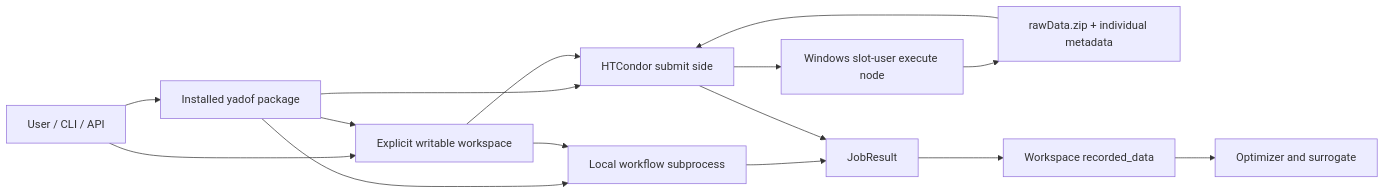
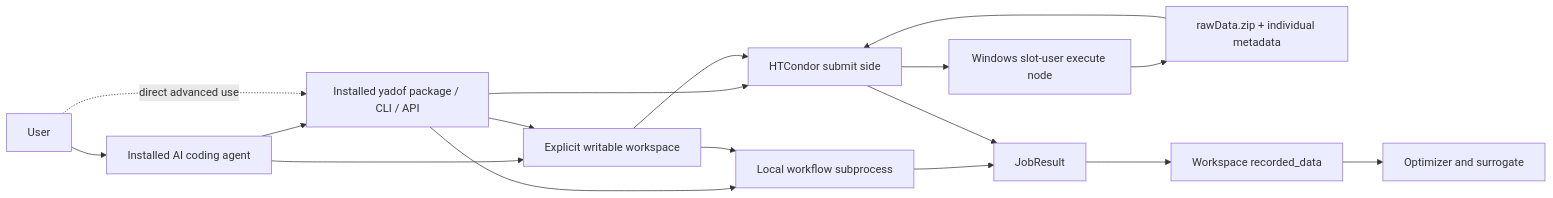
One commit to YS-Pan/yadof changed the diagram in dev_doc/architecture/c4_container.md. Above: the diagram before and after it, drawn with Mermaid. The commit also changed other lines of this file and 26 other files, not shown here.

````diff
--- a/dev_doc/architecture/c4_container.md
+++ b/dev_doc/architecture/c4_container.md
@@ -3,17 +3,19 @@
 ```mermaid
 flowchart LR
-    User["User / CLI / API"] --> Package["Installed yadof package"]
-    User --> Workspace["Explicit writable workspace"]
+    User["User"] --> Agent["Installed AI coding agent"]
+    Agent --> Package["Installed yadof package / CLI / API"]
+    Agent --> Workspace["Explicit writable workspace"]
+    User -. direct advanced use .-> Package
     Package --> Workspace
     Package --> Local["Local workflow subprocess"]
     Package --> Schedd["HTCondor submit side"]
     Schedd --> Worker["Windows slot-user execute node"]
     Workspace --> Local
     Workspace --> Schedd
     Local --> Result["JobResult"]
     Worker --> Zip["rawData.zip + individual metadata"]
     Zip --> Schedd
     Schedd --> Result
     Result --> Records["Workspace recorded_data"]
     Records --> Optimizer["Optimizer and surrogate"]
 ```
````
